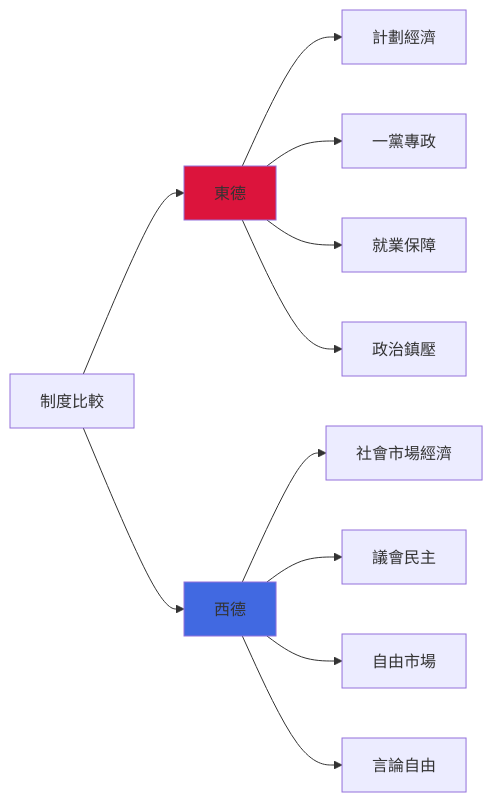
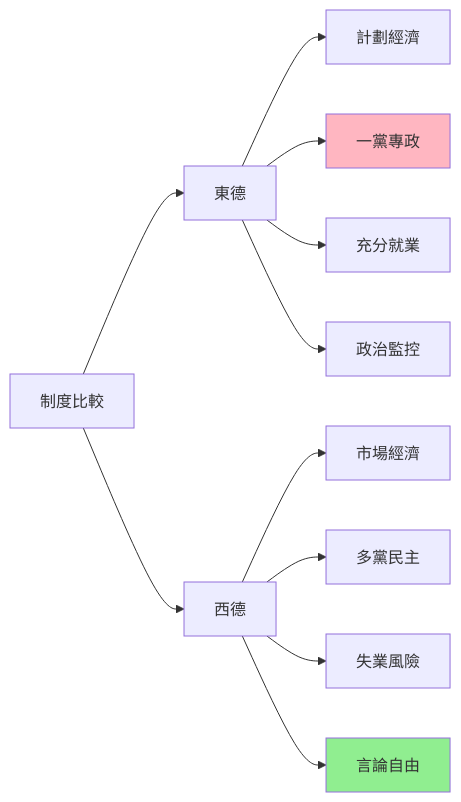
The seventh of 10 diagrams in 01_HKU_Courses/HIST2076_Germany_and_the_Cold_War.md (yip-lgtm/HKU-Harvard-History-Self-Study), drawn with Mermaid before and after one commit. The commit also changed other lines of this file and 25 other files, not shown here.

````diff
--- a/01_HKU_Courses/HIST2076_Germany_and_the_Cold_War.md
+++ b/01_HKU_Courses/HIST2076_Germany_and_the_Cold_War.md
@@ -172,15 +296,15 @@
 ```mermaid
 graph LR
     A["制度比較"] --> B["東德"]
     A --> C["西德"]
-    B --> B1["計劃經濟"]
-    B --> B2["一黨專政"]
-    B --> B3["就業保障"]
-    B --> B4["政治鎮壓"]
-    C --> C1["社會市場經濟"]
-    C --> C2["議會民主"]
-    C --> C3["自由市場"]
-    C --> C4["言論自由"]
-    style B fill:#DC143C
-    style C fill:#4169E1
+    B --> D["計劃經濟"]
+    C --> E["市場經濟"]
+    B --> F["一黨專政"]
+    C --> G["多黨民主"]
+    B --> H["充分就業"]
+    C --> I["失業風險"]
+    B --> J["政治監控"]
+    C --> K["言論自由"]
+    style F fill:#FFB6C1
+    style K fill:#90EE90
 ```
````
